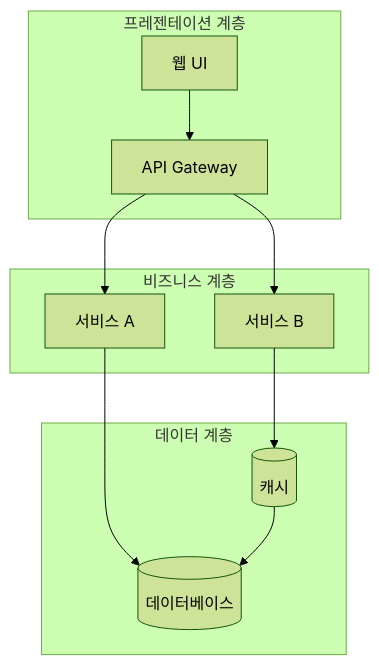
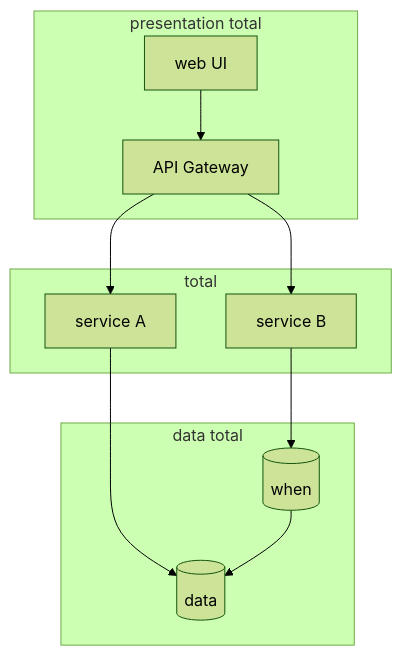
One commit to chodolmu/taskforge-pro changed the first of 9 diagrams in harnesses/communication/technical-writer/skills/diagram-patterns/skill.md. Above: the diagram before and after it, drawn with Mermaid (forest theme). The commit also changed other lines of this file and 952 other files, not shown here.

````diff
--- a/harnesses/communication/technical-writer/skills/diagram-patterns/skill.md
+++ b/harnesses/communication/technical-writer/skills/diagram-patterns/skill.md
@@ -14,19 +14,19 @@
 ```mermaid
 graph TD
-    subgraph Presentation["프레젠테이션 계층"]
-        UI[웹 UI]
-        API_GW[API Gateway]
-    end
-    subgraph Business["비즈니스 계층"]
-        SVC1[서비스 A]
-        SVC2[서비스 B]
-    end
-    subgraph Data["데이터 계층"]
-        DB[(데이터베이스)]
-        CACHE[(캐시)]
-    end
-    UI --> API_GW
-    API_GW --> SVC1 & SVC2
-    SVC1 --> DB
-    SVC2 --> CACHE --> DB
+ subgraph Presentation["presentation total"]
+ UI[web UI]
+ API_GW[API Gateway]
+ end
+ subgraph Business[" total"]
+ SVC1[service A]
+ SVC2[service B]
+ end
+ subgraph Data["data total"]
+ DB[(data)]
+ CACHE[(when)]
+ end
+ UI --> API_GW
+ API_GW --> SVC1 & SVC2
+ SVC1 --> DB
+ SVC2 --> CACHE --> DB
 ```
````
